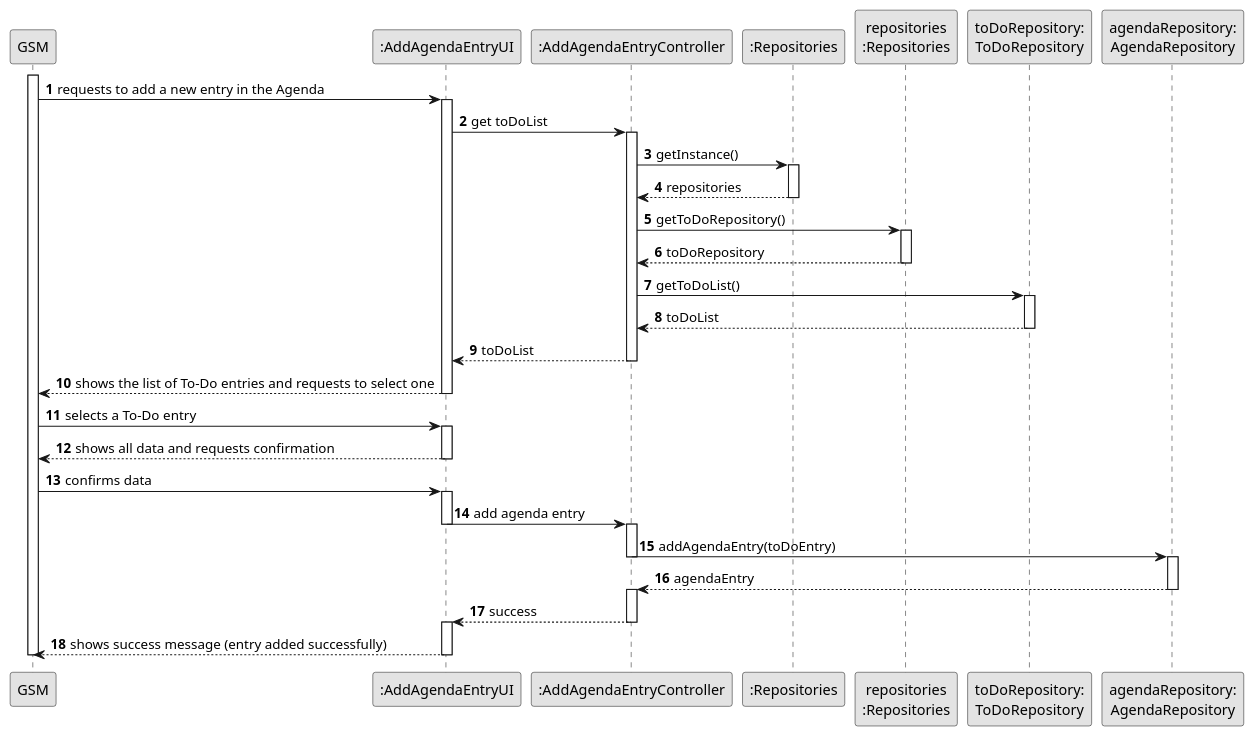
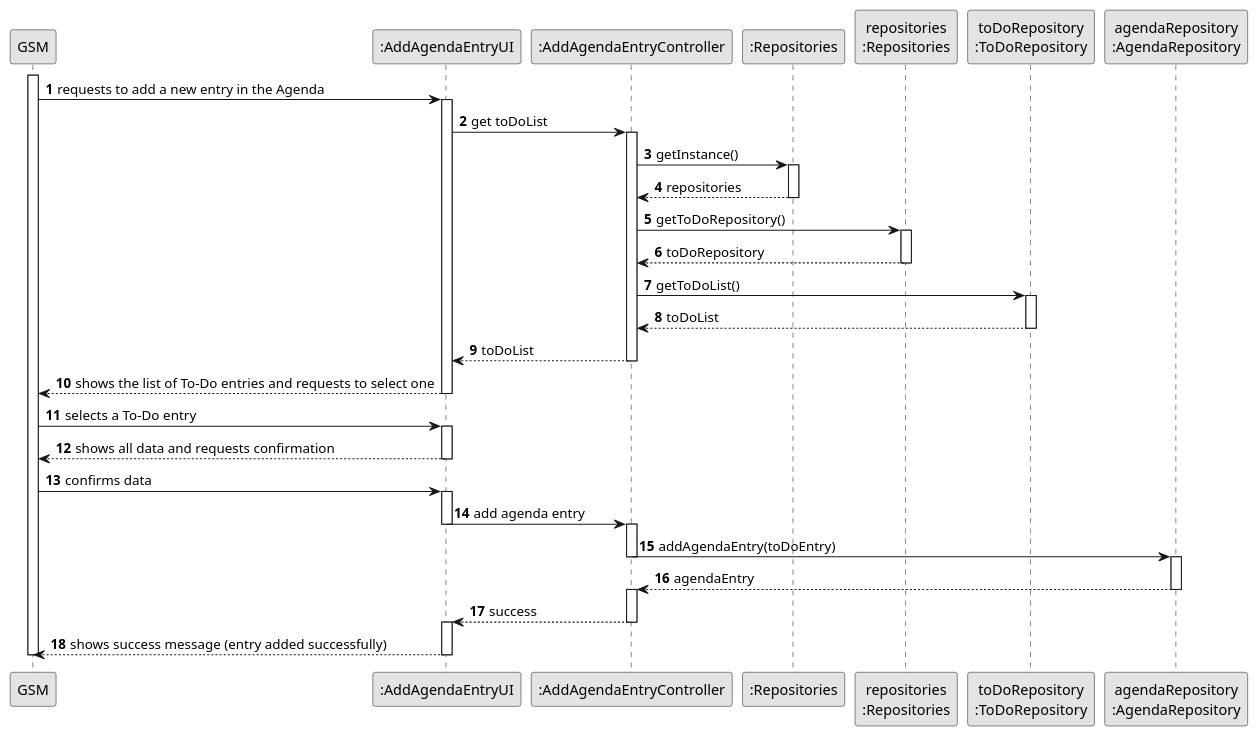
One commit to ricardomm7/leaflink changed the diagram in docs/sprintC/us022/03.design/puml/us022-sequence-diagram-full.puml. Above: the diagram before and after it, drawn with PlantUML. The commit also changed 14 other files, not shown here.

```diff
--- a/docs/sprintC/us022/03.design/puml/us022-sequence-diagram-full.puml
+++ b/docs/sprintC/us022/03.design/puml/us022-sequence-diagram-full.puml
@@ -1,68 +1,68 @@
 @startuml
 skinparam monochrome true
 skinparam packageStyle rectangle
 skinparam shadowing false
 
 autonumber
 
 participant "GSM" as GSM
 participant ":AddAgendaEntryUI" as UI
 participant ":AddAgendaEntryController" as CTRL
 participant ":Repositories" as GlobRepo
 participant "repositories\n:Repositories" as PLAT
-participant "toDoRepository:\nToDoRepository" as TODOREP
-participant "agendaRepository:\nAgendaRepository" as AGENDREP
+participant "toDoRepository\n:ToDoRepository" as TODOREP
+participant "agendaRepository\n:AgendaRepository" as AGENDREP
 
 activate GSM
 GSM -> UI : requests to add a new entry in the Agenda
 activate UI
 
 
 UI -> CTRL: get toDoList
 activate CTRL
 
 CTRL -> GlobRepo : getInstance()
 activate GlobRepo
 GlobRepo --> CTRL : repositories
 deactivate GlobRepo
 CTRL -> PLAT : getToDoRepository()
 activate PLAT
 PLAT -->  CTRL: toDoRepository
 deactivate PLAT
 
 CTRL -> TODOREP : getToDoList()
 activate TODOREP
 TODOREP --> CTRL : toDoList
 deactivate TODOREP
 CTRL --> UI : toDoList
 deactivate CTRL
 UI --> GSM : shows the list of To-Do entries and requests to select one
 deactivate UI
 
 GSM -> UI : selects a To-Do entry
 activate UI
 
 UI --> GSM: shows all data and requests confirmation
 deactivate UI
 
 GSM -> UI: confirms data
 activate UI
 
 UI -> CTRL : add agenda entry
 deactivate UI
 activate CTRL
 
 CTRL -> AGENDREP : addAgendaEntry(toDoEntry)
 deactivate CTRL
 
 activate AGENDREP
 AGENDREP --> CTRL : agendaEntry
 deactivate AGENDREP
 activate CTRL
 CTRL --> UI : success
 deactivate CTRL
 activate UI
 UI --> GSM : shows success message (entry added successfully)
 deactivate UI
 deactivate GSM
 @enduml
```
